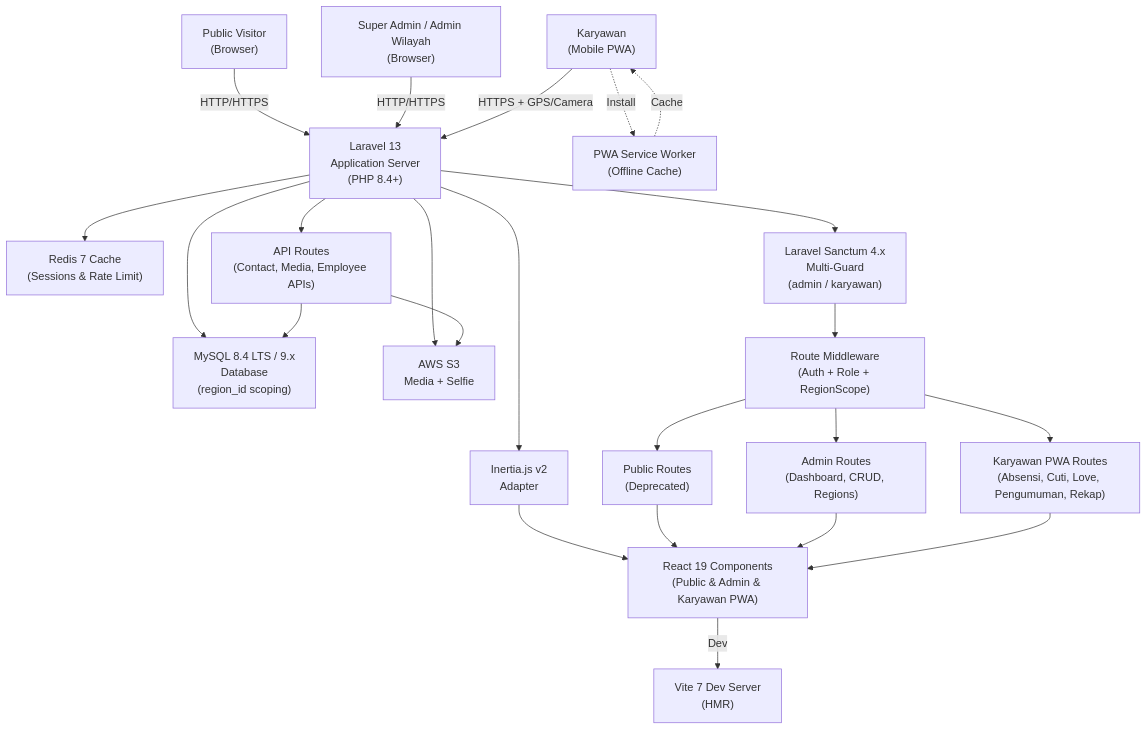
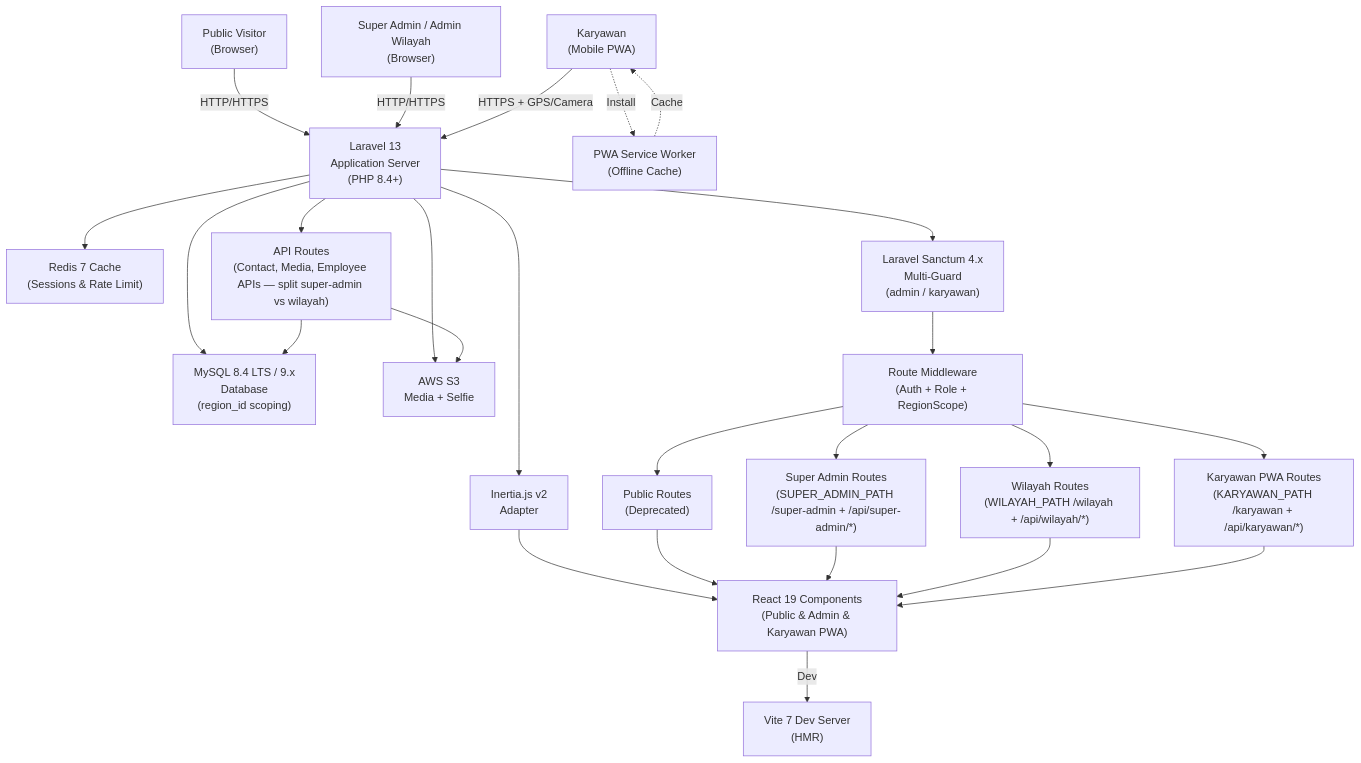
Before and after one commit to radacore/absensi-pu: the first of 5 diagrams in prd-profilkorp/ARCHITECTURE.md, drawn with Mermaid. The commit also changed other lines of this file and 14 other files, not shown here.

First line of the commit message:
feat(admin): pisah url super-admin dan wilayah opsi b

````diff
--- a/prd-profilkorp/ARCHITECTURE.md
+++ b/prd-profilkorp/ARCHITECTURE.md
@@ -9,53 +9,56 @@
 ```mermaid
 graph TD
     A["Public Visitor<br/>(Browser)"]
     B["Super Admin / Admin Wilayah<br/>(Browser)"]
     B2["Karyawan<br/>(Mobile PWA)"]
     
     C["Vite 7 Dev Server<br/>(HMR)"]
     D["Laravel 13<br/>Application Server<br/>(PHP 8.4+)"]
     E["Inertia.js v2<br/>Adapter"]
     F["React 19 Components<br/>(Public & Admin & Karyawan PWA)"]
     
     G["MySQL 8.4 LTS / 9.x<br/>Database<br/>(region_id scoping)"]
     H["AWS S3<br/>Media + Selfie"]
     I["Redis 7 Cache<br/>(Sessions & Rate Limit)"]
     
     J["Laravel Sanctum 4.x<br/>Multi-Guard<br/>(admin / karyawan)"]
     K["Route Middleware<br/>(Auth + Role + RegionScope)"]
     
     L["Public Routes<br/>(Deprecated)"]
-    M["Admin Routes<br/>(Dashboard, CRUD, Regions)"]
-    M2["Karyawan PWA Routes<br/>(Absensi, Cuti, Love, Pengumuman, Rekap)"]
-    N["API Routes<br/>(Contact, Media, Employee APIs)"]
+    M["Super Admin Routes<br/>(SUPER_ADMIN_PATH /super-admin + /api/super-admin/*)"]
+    M3["Wilayah Routes<br/>(WILAYAH_PATH /wilayah + /api/wilayah/*)"]
+    M2["Karyawan PWA Routes<br/>(KARYAWAN_PATH /karyawan + /api/karyawan/*)"]
+    N["API Routes<br/>(Contact, Media, Employee APIs — split super-admin vs wilayah)"]
     O["PWA Service Worker<br/>(Offline Cache)"]
     
     A -->|HTTP/HTTPS| D
     B -->|HTTP/HTTPS| D
     B2 -->|HTTPS + GPS/Camera| D
     B2 -.->|Install| O
     O -.->|Cache| B2
     
     D --> E
     E --> F
     
     F -->|Dev| C
     
     D --> G
     D --> H
     D --> I
     
     D --> J
     J --> K
     
     K --> L
     K --> M
+    K --> M3
     K --> M2
     D --> N
     
     L --> F
     M --> F
+    M3 --> F
     M2 --> F
     N --> G
     N --> H
 ```
````
